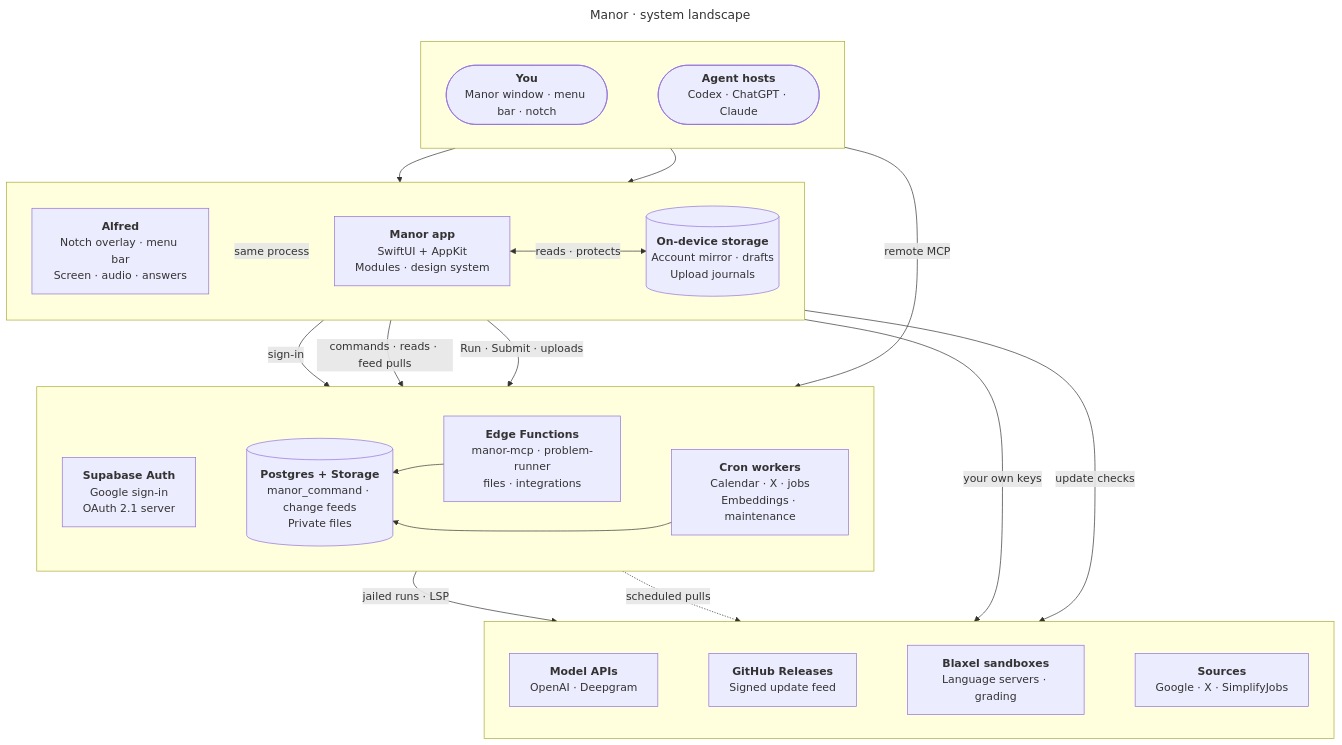
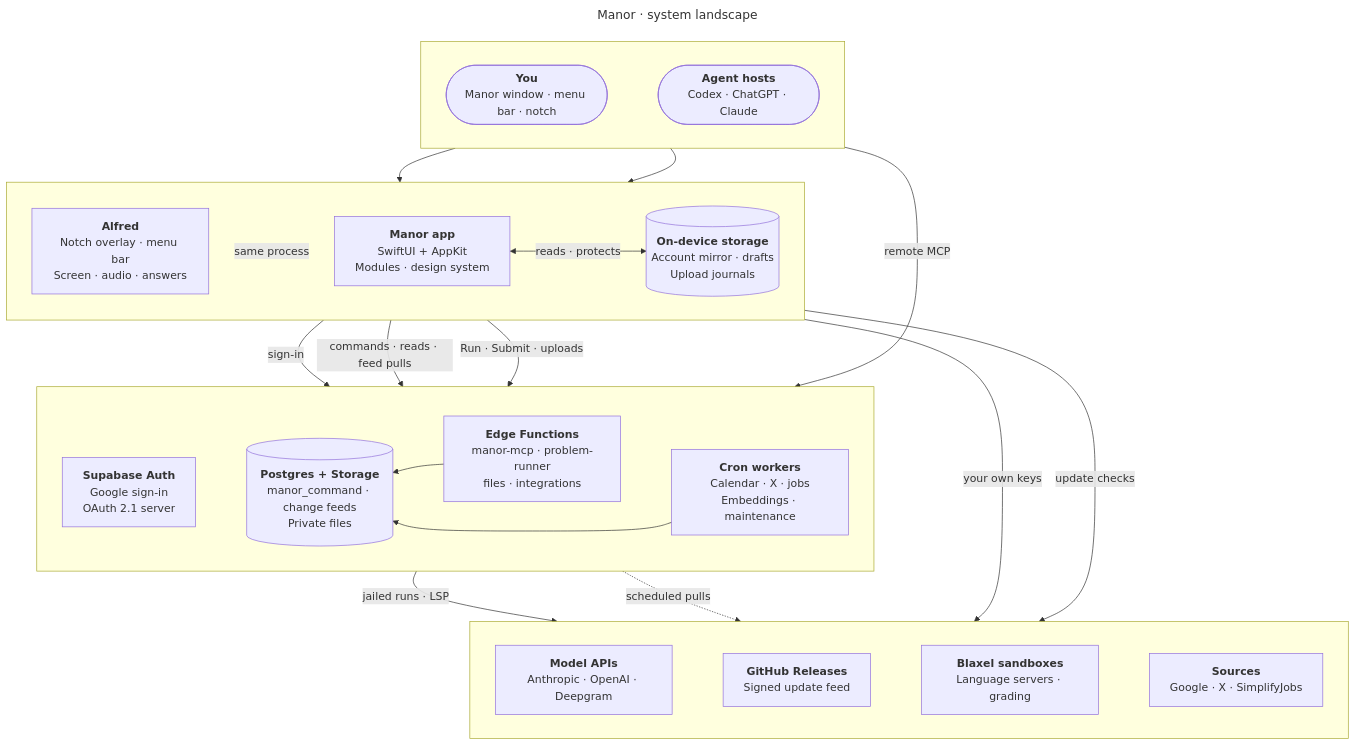
The diagram in docs/diagrams/pele/architecture-system-landscape.mmd (rithm84/Manor), drawn with Mermaid before and after one commit. The commit also changed 25 other files, not shown here.

```diff
--- a/docs/diagrams/pele/architecture-system-landscape.mmd
+++ b/docs/diagrams/pele/architecture-system-landscape.mmd
@@ -1,69 +1,69 @@
 ---
 title: Manor · system landscape
 ---
 flowchart TB
   subgraph row_1 [" "]
     direction LR
     you(["`**You**
     Manor window · menu bar · notch`"]):::people
     hosts(["`**Agent hosts**
     Codex · ChatGPT · Claude`"]):::agent
     you ~~~ hosts
   end
 
   subgraph row_2 [" "]
     direction LR
     alfred["`**Alfred**
     Notch overlay · menu bar
     Screen · audio · answers`"]:::agent
     shell["`**Manor app**
     SwiftUI + AppKit
     Modules · design system`"]:::app
     disk[("`**On-device storage**
     Account mirror · drafts
     Upload journals`")]:::local
     alfred ~~~|same process| shell <-->|reads · protects| disk
   end
 
   subgraph row_3 [" "]
     direction LR
     auth["`**Supabase Auth**
     Google sign-in
     OAuth 2.1 server`"]:::backend
     pg[("`**Postgres + Storage**
     manor_command · change feeds
     Private files`")]:::backend
     edge["`**Edge Functions**
     manor-mcp · problem-runner
     files · integrations`"]:::backend
     cron["`**Cron workers**
     Calendar · X · jobs
     Embeddings · maintenance`"]:::async
     auth ~~~ pg ~~~ edge ~~~ cron
   end
 
   subgraph row_4 [" "]
     direction LR
     models["`**Model APIs**
-    OpenAI · Deepgram`"]:::external
+    Anthropic · OpenAI · Deepgram`"]:::external
     gh["`**GitHub Releases**
     Signed update feed`"]:::external
     blaxel["`**Blaxel sandboxes**
     Language servers · grading`"]:::external
     sources["`**Sources**
     Google · X · SimplifyJobs`"]:::external
     models ~~~ gh ~~~ blaxel ~~~ sources
   end
 
   you --> alfred
   you --> shell
   shell -->|sign-in| auth
   shell -->|commands · reads · feed pulls| pg
   shell -->|Run · Submit · uploads| edge
   hosts -->|remote MCP| edge
   edge --> pg
   cron --> pg
   alfred -->|your own keys| models
   shell -->|update checks| gh
   edge -->|jailed runs · LSP| blaxel
   cron async_1@-.->|scheduled pulls| sources
```
